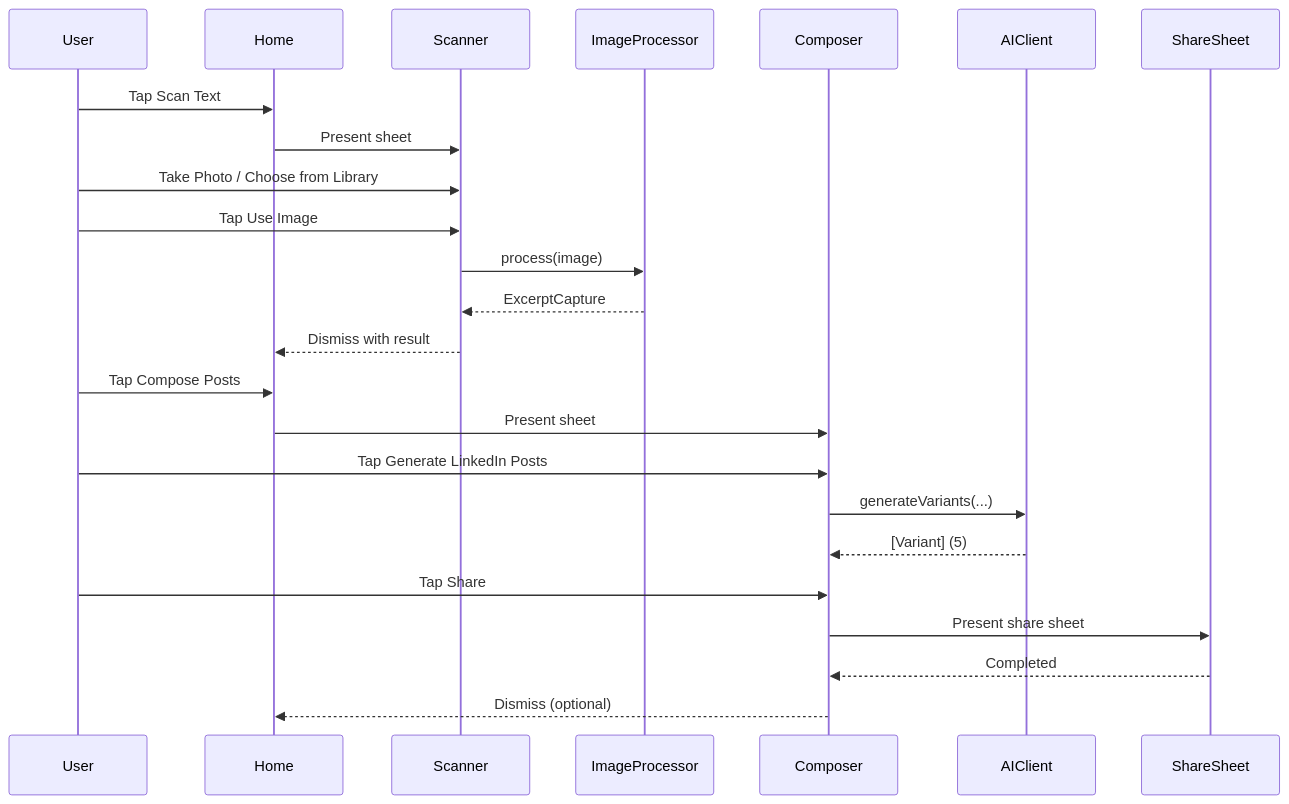
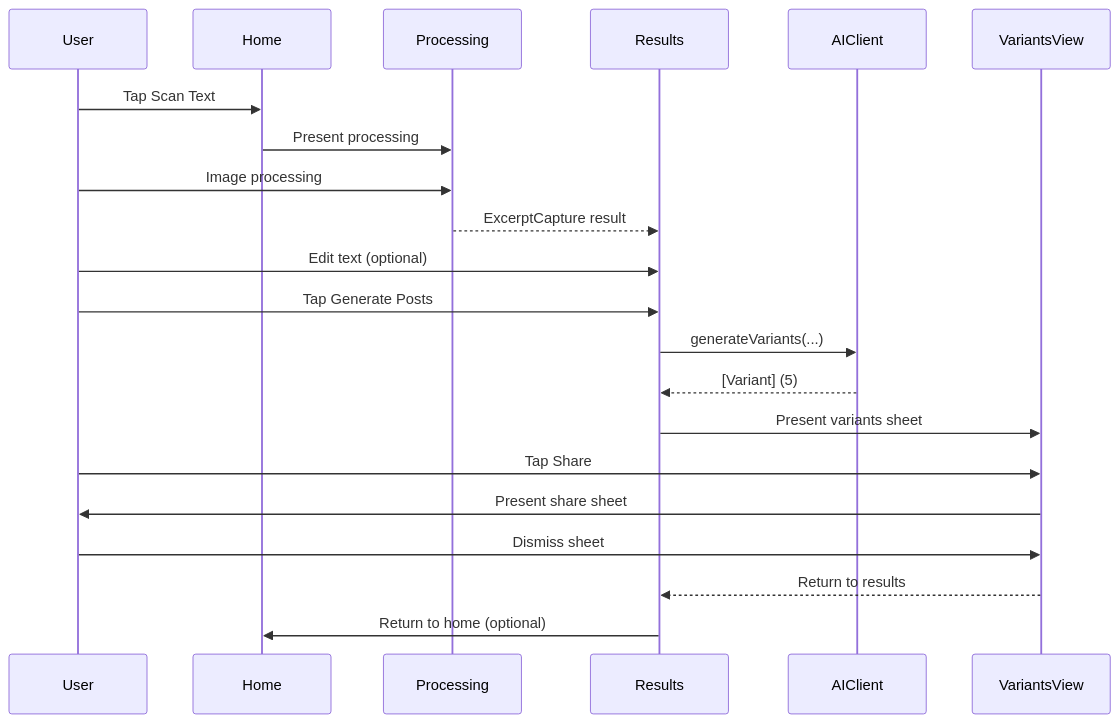
One commit to irozaji/SnapPost changed the second of 2 diagrams in docs/v1-wireframe.md. Above: the diagram before and after it, drawn with Mermaid. The commit also changed other lines of this file and 7 other files, not shown here.

Commit message:
updated UX with variant details view

````diff
--- a/docs/v1-wireframe.md
+++ b/docs/v1-wireframe.md
@@ -150,27 +122,24 @@
 ```mermaid
 sequenceDiagram
   participant U as User
   participant H as Home
-  participant S as Scanner
-  participant P as ImageProcessor
-  participant C as Composer
+  participant P as Processing
+  participant R as Results
   participant A as AIClient
-  participant SS as ShareSheet
+  participant V as VariantsView
 
   U->>H: Tap Scan Text
-  H->>S: Present sheet
-  U->>S: Take Photo / Choose from Library
-  U->>S: Tap Use Image
-  S->>P: process(image)
-  P-->>S: ExcerptCapture
-  S-->>H: Dismiss with result
-  U->>H: Tap Compose Posts
-  H->>C: Present sheet
-  U->>C: Tap Generate LinkedIn Posts
-  C->>A: generateVariants(...)
-  A-->>C: [Variant] (5)
-  U->>C: Tap Share
-  C->>SS: Present share sheet
-  SS-->>C: Completed
-  C-->>H: Dismiss (optional)
+  H->>P: Present processing
+  U->>P: Image processing
+  P-->>R: ExcerptCapture result
+  U->>R: Edit text (optional)
+  U->>R: Tap Generate Posts
+  R->>A: generateVariants(...)
+  A-->>R: [Variant] (5)
+  R->>V: Present variants sheet
+  U->>V: Tap Share
+  V->>U: Present share sheet
+  U->>V: Dismiss sheet
+  V-->>R: Return to results
+  R->>H: Return to home (optional)
 ```
````
